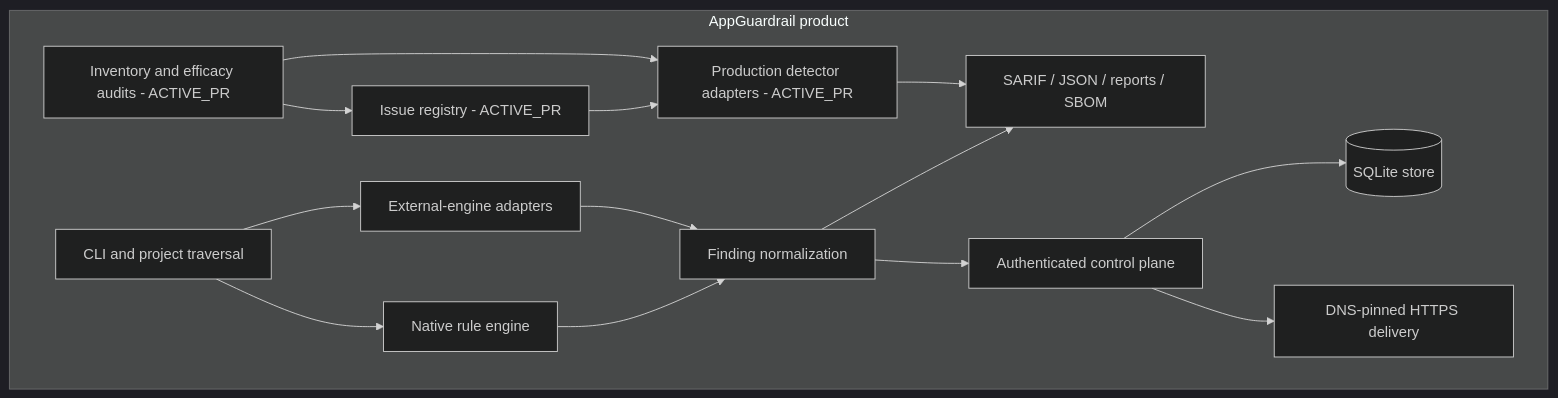
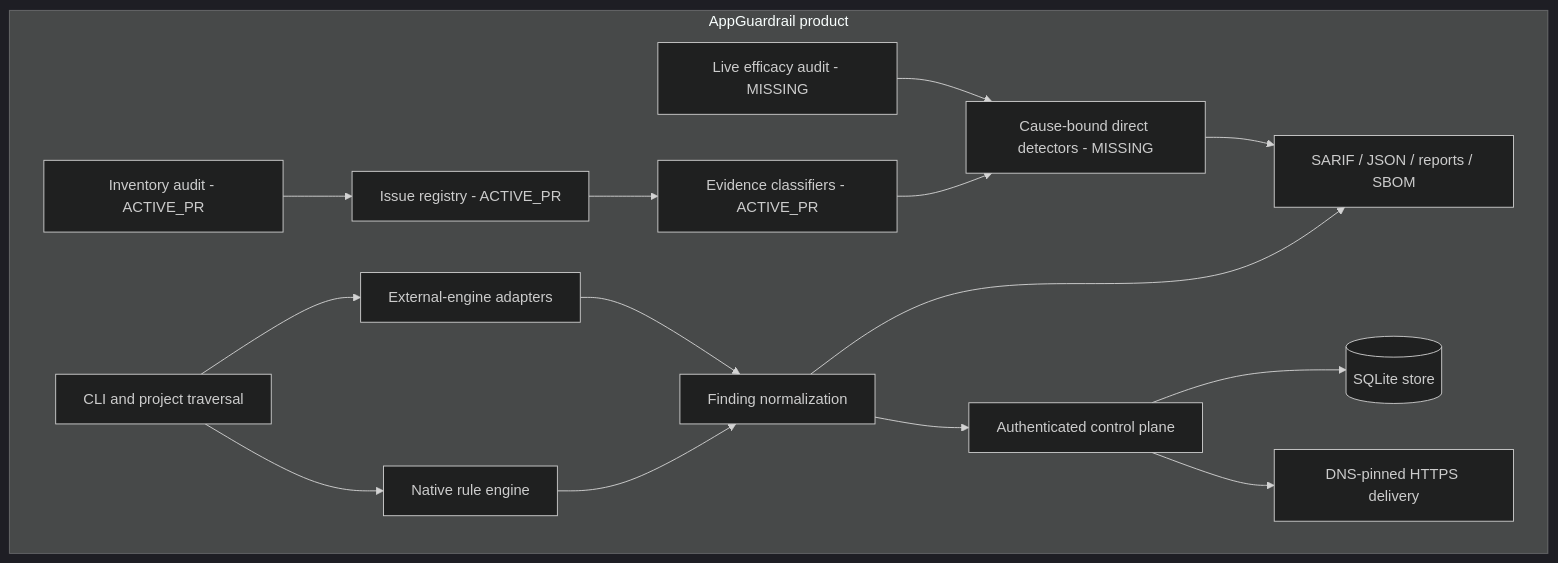
One commit to ContextualWisdomLab/appguardrail changed the first of 6 diagrams in docs/architecture/UML.md. Above: the diagram before and after it, drawn with Mermaid (dark theme). The commit also changed other lines of this file and 20 other files, not shown here.

````diff
--- a/docs/architecture/UML.md
+++ b/docs/architecture/UML.md
@@ -8,28 +9,31 @@
 ```mermaid
 flowchart TB
   subgraph Product[AppGuardrail product]
     CLI[CLI and project traversal]
     Native[Native rule engine]
     External[External-engine adapters]
     Normalize[Finding normalization]
     Output[SARIF / JSON / reports / SBOM]
     Control[Authenticated control plane]
     Store[(SQLite store)]
     Delivery[DNS-pinned HTTPS delivery]
     Registry[Issue registry - ACTIVE_PR]
-    Detector[Production detector adapters - ACTIVE_PR]
-    Audit[Inventory and efficacy audits - ACTIVE_PR]
+    Classifier[Evidence classifiers - ACTIVE_PR]
+    Detector[Cause-bound direct detectors - MISSING]
+    Audit[Inventory audit - ACTIVE_PR]
+    Efficacy[Live efficacy audit - MISSING]
   end
   CLI --> Native
   CLI --> External
   Native --> Normalize
   External --> Normalize
   Normalize --> Output
   Normalize --> Control
   Control --> Store
   Control --> Delivery
-  Registry --> Detector
+  Registry --> Classifier
+  Classifier --> Detector
   Detector --> Output
   Audit --> Registry
-  Audit --> Detector
+  Efficacy --> Detector
 ```
````
